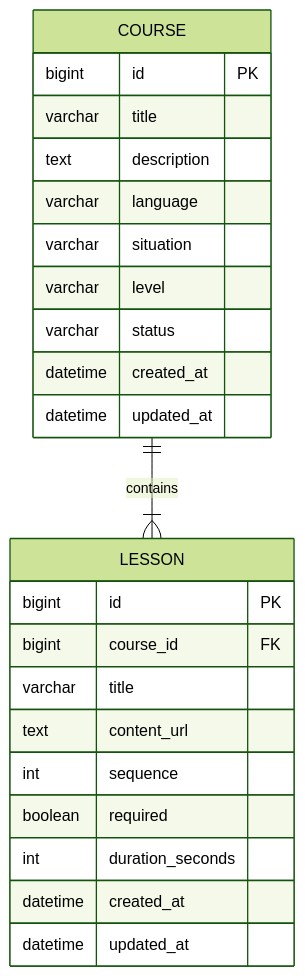
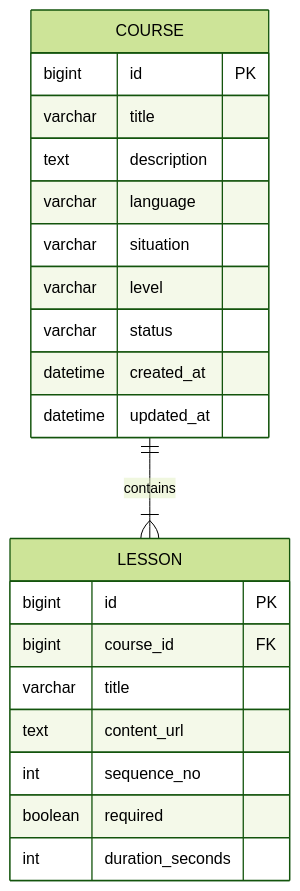
Before and after one commit to skala-msa-team/linguaroute-msa: the third of 6 diagrams in docs/erd.md, drawn with Mermaid (forest theme). The commit also changed other lines of this file and 16 other files, not shown here.

````diff
--- a/docs/erd.md
+++ b/docs/erd.md
@@ -179,29 +179,27 @@
 ```mermaid
 erDiagram
     COURSE ||--|{ LESSON : contains
 
     COURSE {
         bigint id PK
         varchar title
         text description
         varchar language
         varchar situation
         varchar level
         varchar status
         datetime created_at
         datetime updated_at
     }
 
     LESSON {
         bigint id PK
         bigint course_id FK
         varchar title
         text content_url
-        int sequence
+        int sequence_no
         boolean required
         int duration_seconds
-        datetime created_at
-        datetime updated_at
     }
 
 ```
````
